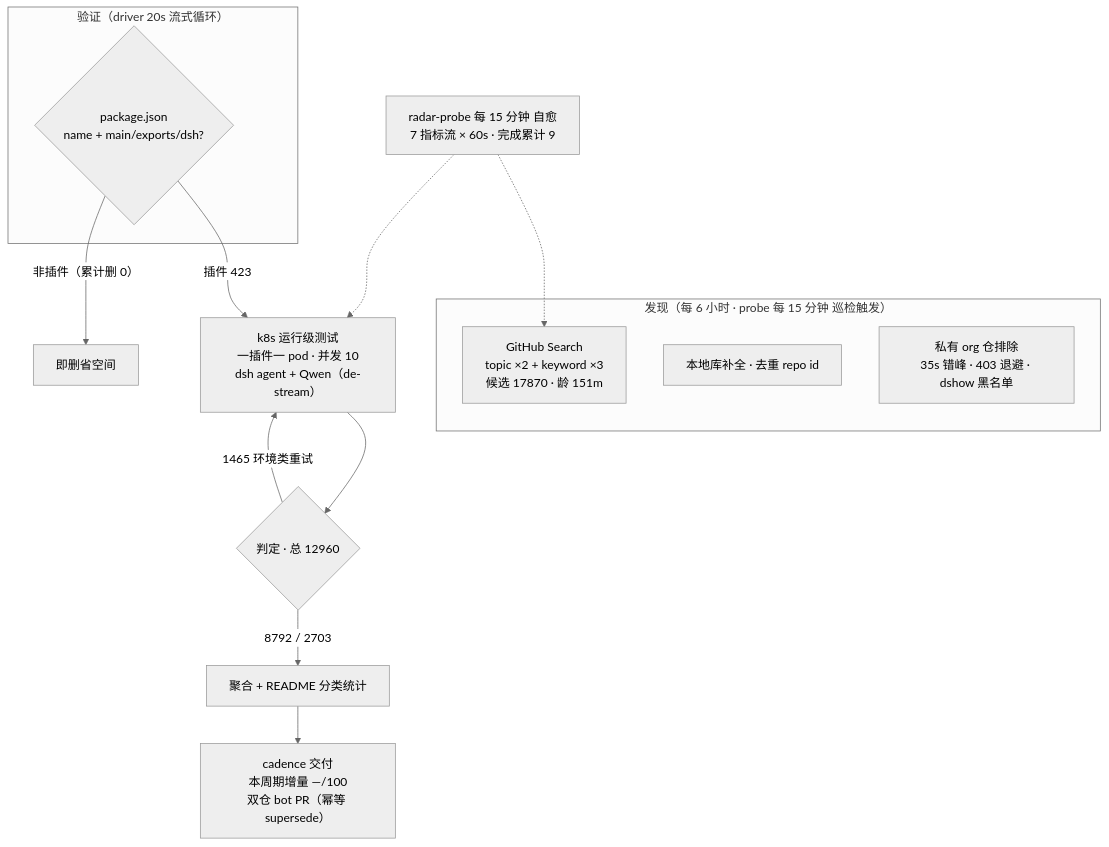
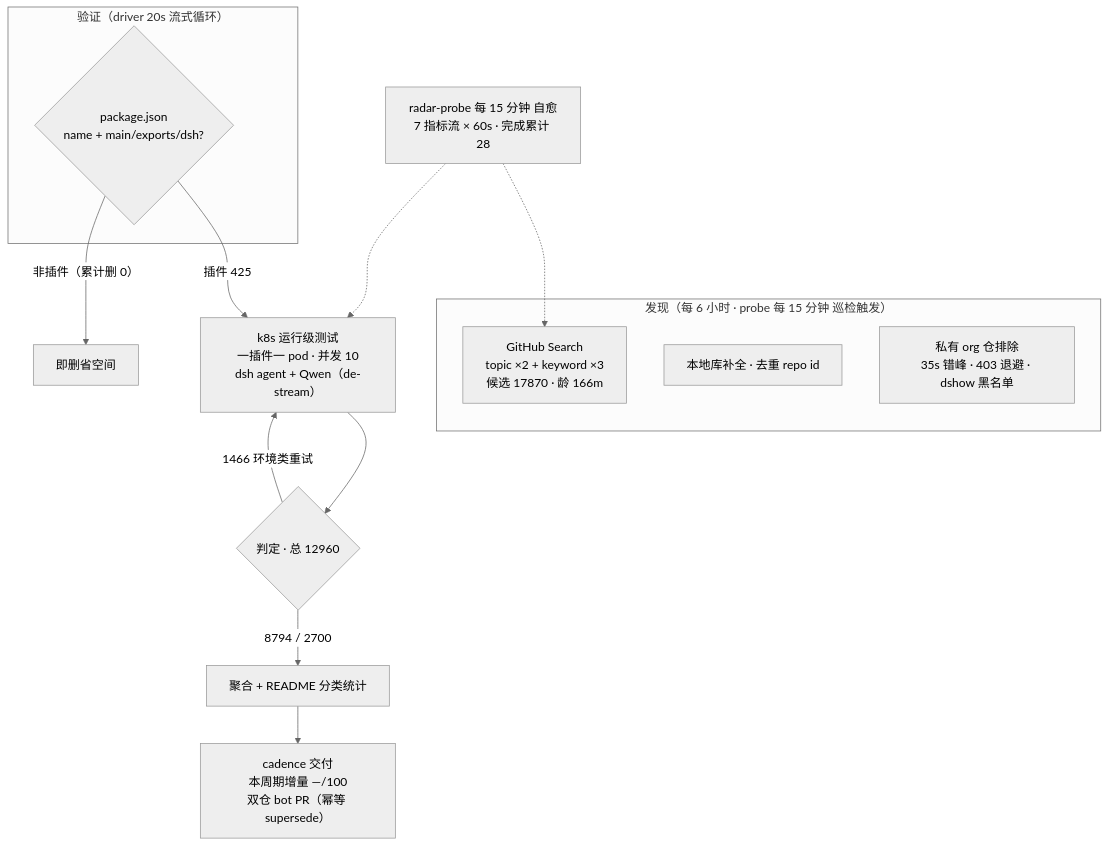
One commit to AdamPlatin123/awesome-dsh-plugins changed the diagram in README.md. Above: the diagram before and after it, drawn with Mermaid (neutral theme). The commit also changed other lines of this file and 5 other files, not shown here.

````diff
--- a/README.md
+++ b/README.md
@@ -52,20 +52,20 @@
 ```mermaid
 flowchart TB
     subgraph Discovery["发现（每 6 小时 · probe 每 15 分钟 巡检触发）"]
-        A1["GitHub Search<br/>topic ×2 + keyword ×3<br/>候选 17870 · 龄 151m"]
+        A1["GitHub Search<br/>topic ×2 + keyword ×3<br/>候选 17870 · 龄 166m"]
         A2["本地库补全 · 去重 repo id"]
         A3["私有 org 仓排除<br/>35s 错峰 · 403 退避 · dshow 黑名单"]
     end
     subgraph Validation["验证（driver 20s 流式循环）"]
         B1{"package.json<br/>name + main/exports/dsh?"}
     end
-    B1 -->|"插件 423"| C1["k8s 运行级测试<br/>一插件一 pod · 并发 10<br/>dsh agent + Qwen（de-stream）"]
+    B1 -->|"插件 425"| C1["k8s 运行级测试<br/>一插件一 pod · 并发 10<br/>dsh agent + Qwen（de-stream）"]
     B1 -->|"非插件（累计删 0）"| B3["即删省空间"]
     C1 --> D1{"判定 · 总 12960"}
-    D1 -->|"8792 / 2703"| E1["聚合 + README 分类统计"]
-    D1 -->|"1465 环境类重试"| C1
+    D1 -->|"8794 / 2700"| E1["聚合 + README 分类统计"]
+    D1 -->|"1466 环境类重试"| C1
     E1 --> E2["cadence 交付<br/>本周期增量 —/100<br/>双仓 bot PR（幂等 supersede）"]
-    M["radar-probe 每 15 分钟 自愈<br/>7 指标流 × 60s · 完成累计 9"]
+    M["radar-probe 每 15 分钟 自愈<br/>7 指标流 × 60s · 完成累计 28"]
     M -.-> A1
     M -.-> C1
 ```
````
